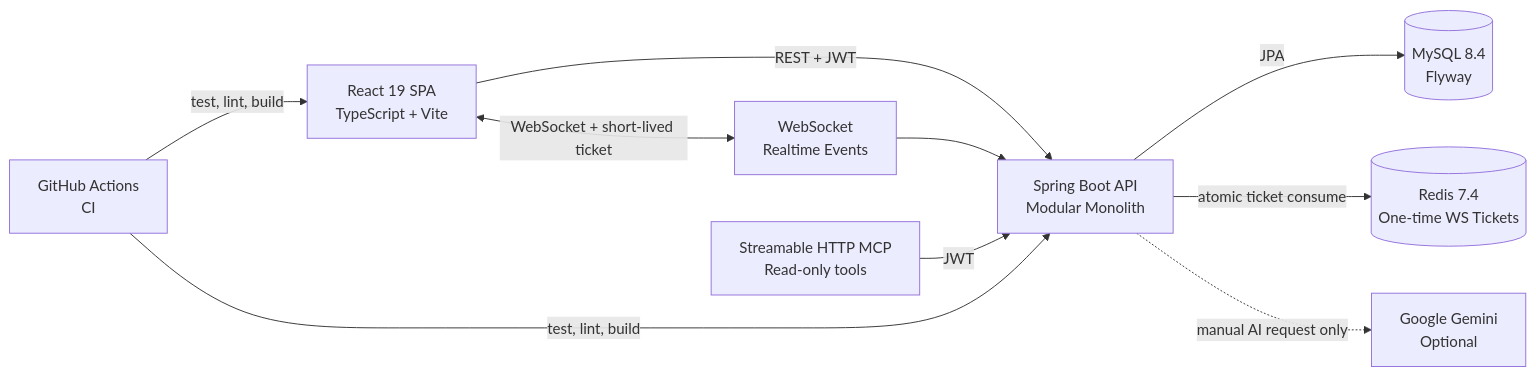
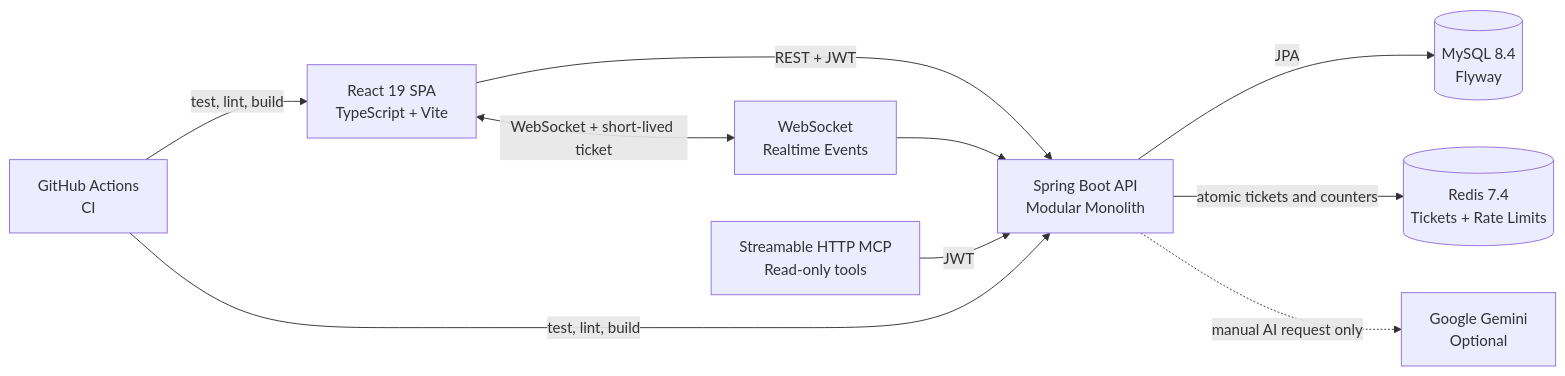
The first of 2 diagrams in README.md (kimsesdook/Billiards-Analysis), drawn with Mermaid before and after one commit. The commit also changed other lines of this file and 22 other files, not shown here.

````diff
--- a/README.md
+++ b/README.md
@@ -31,21 +31,21 @@
 ```mermaid
 flowchart LR
     Browser["React 19 SPA\nTypeScript + Vite"]
     API["Spring Boot API\nModular Monolith"]
     DB[("MySQL 8.4\nFlyway")]
-    Redis[("Redis 7.4\nOne-time WS Tickets")]
+    Redis[("Redis 7.4\nTickets + Rate Limits")]
     Socket["WebSocket\nRealtime Events"]
     MCP["Streamable HTTP MCP\nRead-only tools"]
     Gemini["Google Gemini\nOptional"]
     CI["GitHub Actions\nCI"]
 
     Browser -->|"REST + JWT"| API
     Browser <-->|"WebSocket + short-lived ticket"| Socket
     Socket --> API
     API -->|"JPA"| DB
-    API -->|"atomic ticket consume"| Redis
+    API -->|"atomic tickets and counters"| Redis
     MCP -->|"JWT"| API
     API -. "manual AI request only" .-> Gemini
     CI -->|"test, lint, build"| API
     CI -->|"test, lint, build"| Browser
 ```
````
